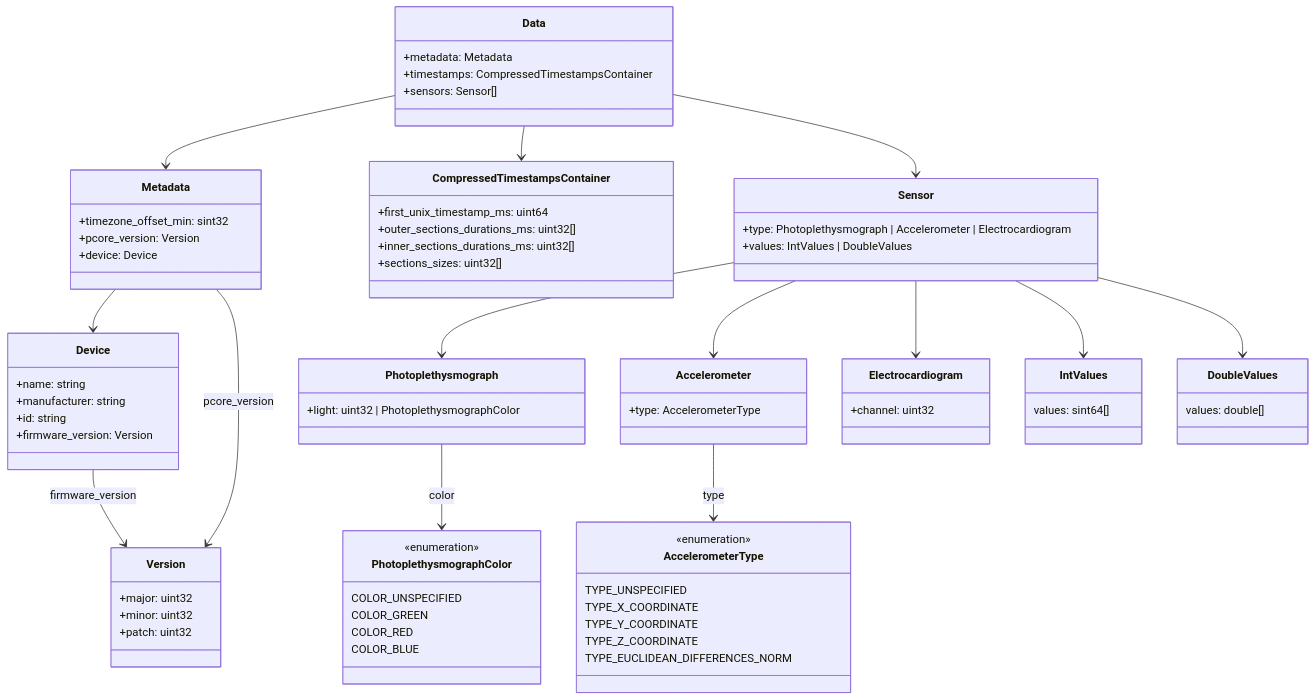
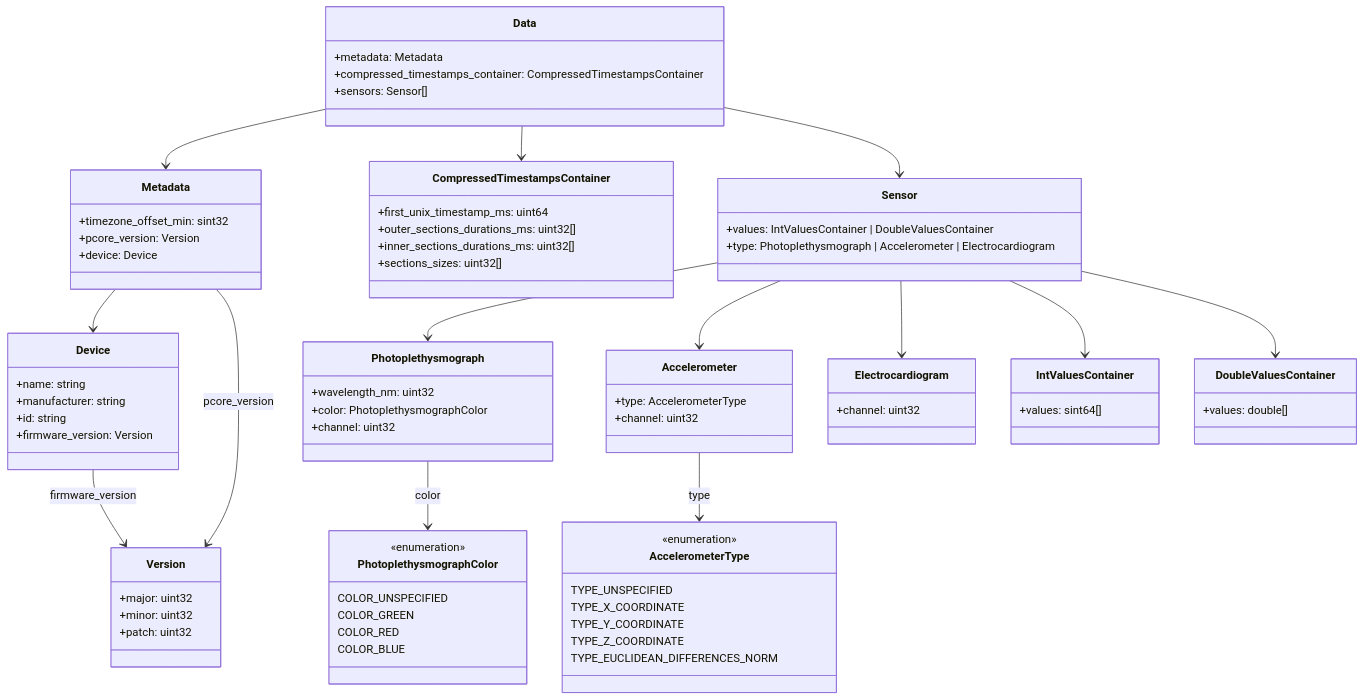
The diagram in README.md (preventicus/pcore), drawn with Mermaid before and after one commit. The commit also changed other lines of this file and 12 other files, not shown here.

````diff
--- a/README.md
+++ b/README.md
@@ -46,12 +78,11 @@
 ```mermaid
 classDiagram
 
-%% === Hauptstruktur ===
+%% === Main structure ===
 
 class Data {
   +metadata: Metadata
-  %% oneof timestamps:
-  +timestamps: CompressedTimestampsContainer
+  +compressed_timestamps_container: CompressedTimestampsContainer
   +sensors: Sensor[]
 }
 
@@ -82,23 +113,25 @@
 %% === Sensor ===
 
 class Sensor {
-  %% oneof type:
+  %% oneof Values:
+  +values: IntValuesContainer | DoubleValuesContainer
+  %% oneof Type:
   +type: Photoplethysmograph | Accelerometer | Electrocardiogram
-  +values: IntValues | DoubleValues
 }
 
-class IntValues {
-    values: sint64[]
+class IntValuesContainer {
+  +values: sint64[]
 }
 
-class DoubleValues {
-    values: double[]
+class DoubleValuesContainer {
+  +values: double[]
 }
 
 %% === Accelerometer ===
 
 class Accelerometer {
   +type: AccelerometerType
+  +channel: uint32
 }
 
 class AccelerometerType {
@@ -113,8 +146,10 @@
 %% === Photoplethysmograph ===
 
 class Photoplethysmograph {
-  %% oneof light:
-  +light: uint32 | PhotoplethysmographColor
+  %% oneof Light:
+  +wavelength_nm: uint32
+  +color: PhotoplethysmographColor
+  +channel: uint32
 }
 
 class PhotoplethysmographColor {
@@ -125,10 +160,10 @@
   COLOR_BLUE
 }
 
-%% ====== Electrocardiogram ===
+%% === Electrocardiogram ===
 
 class Electrocardiogram {
-    +channel: uint32
+  +channel: uint32
 }
 
 %% === Version ===
@@ -139,7 +174,7 @@
   +patch: uint32
 }
 
-%% === Beziehungen ===
+%% === Relations ===
 
 Data --> Metadata
 Metadata --> Device
@@ -152,8 +187,8 @@
 Sensor --> Photoplethysmograph
 Sensor --> Accelerometer
 Sensor --> Electrocardiogram
-Sensor --> IntValues 
-Sensor --> DoubleValues 
+Sensor --> IntValuesContainer 
+Sensor --> DoubleValuesContainer 
 
 Photoplethysmograph --> PhotoplethysmographColor : color
 Accelerometer --> AccelerometerType : type
````
